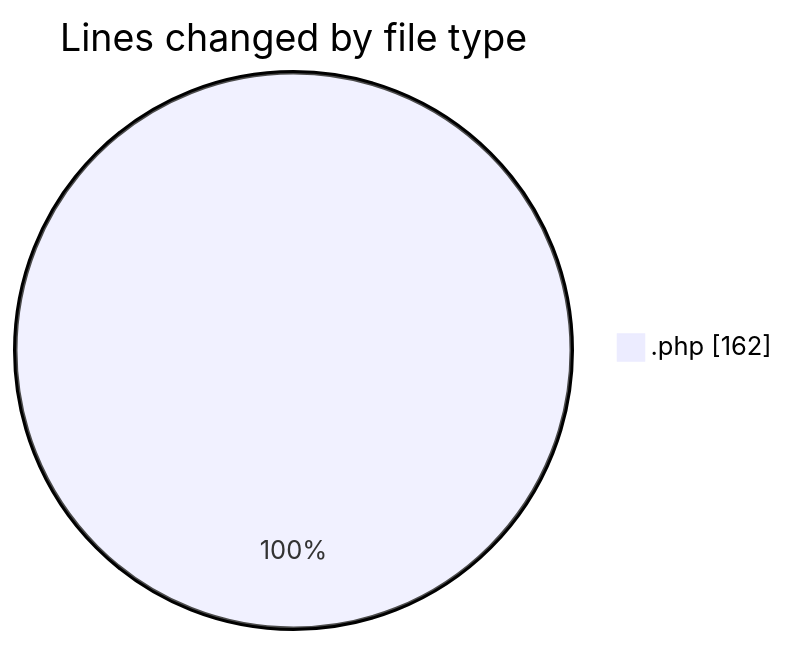
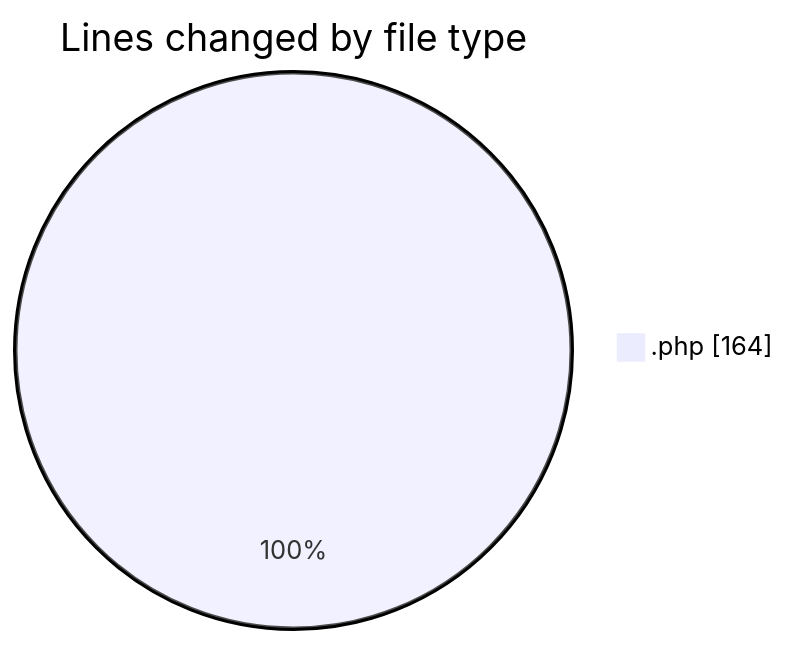
The first of 2 diagrams in 2026-09-14/web/README.md (LanceThiago/code-tracking), drawn with Mermaid before and after one commit. The commit also changed other lines of this file and 1 other file, not shown here.

````diff
--- a/2026-09-14/web/README.md
+++ b/2026-09-14/web/README.md
@@ -20,5 +20,5 @@
 ```mermaid
 pie showData
 title Lines changed by file type
-".php" : 162
+".php" : 164
 ```
````
